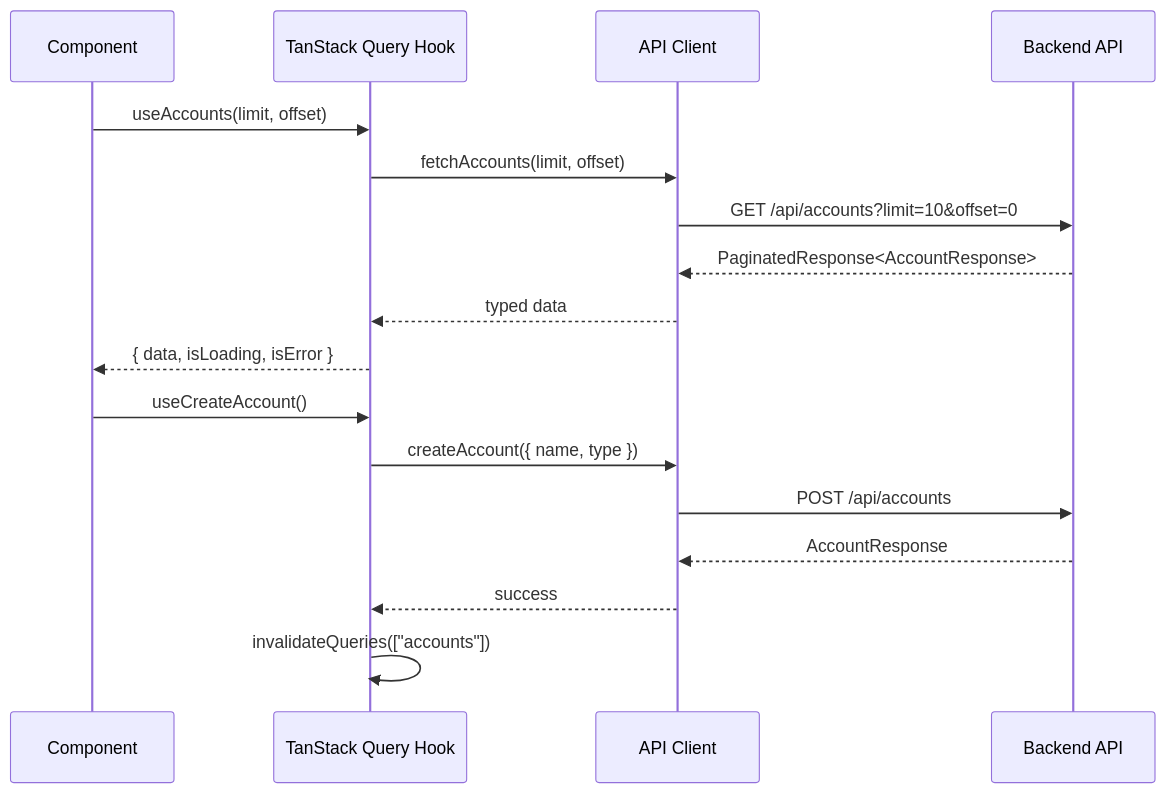
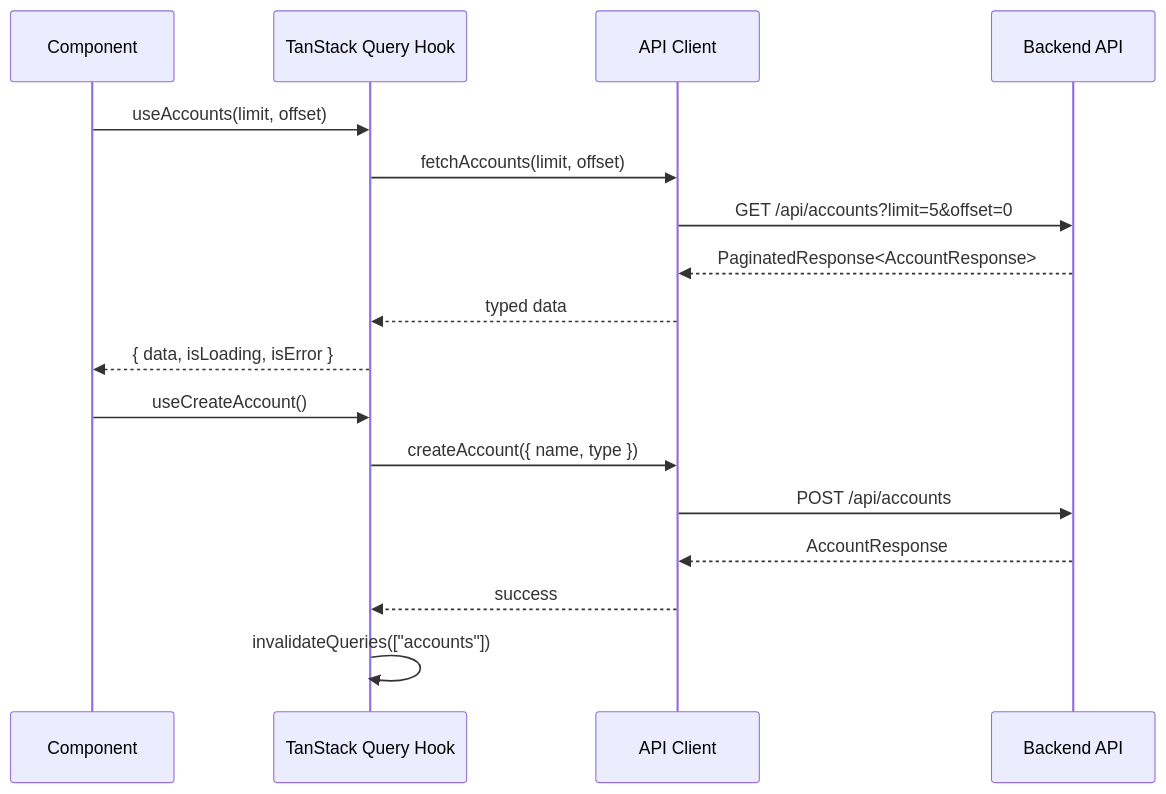
The second of 2 diagrams in docs/frontend.md (dremdem/illuminati), drawn with Mermaid before and after one commit. The commit also changed other lines of this file and 4 other files, not shown here.

````diff
--- a/docs/frontend.md
+++ b/docs/frontend.md
@@ -85,21 +86,21 @@
 ```mermaid
 sequenceDiagram
     participant C as Component
     participant H as TanStack Query Hook
     participant A as API Client
     participant S as Backend API
 
     C->>H: useAccounts(limit, offset)
     H->>A: fetchAccounts(limit, offset)
-    A->>S: GET /api/accounts?limit=10&offset=0
+    A->>S: GET /api/accounts?limit=5&offset=0
     S-->>A: PaginatedResponse<AccountResponse>
     A-->>H: typed data
     H-->>C: { data, isLoading, isError }
 
     C->>H: useCreateAccount()
     H->>A: createAccount({ name, type })
     A->>S: POST /api/accounts
     S-->>A: AccountResponse
     A-->>H: success
     H->>H: invalidateQueries(["accounts"])
 ```
````
